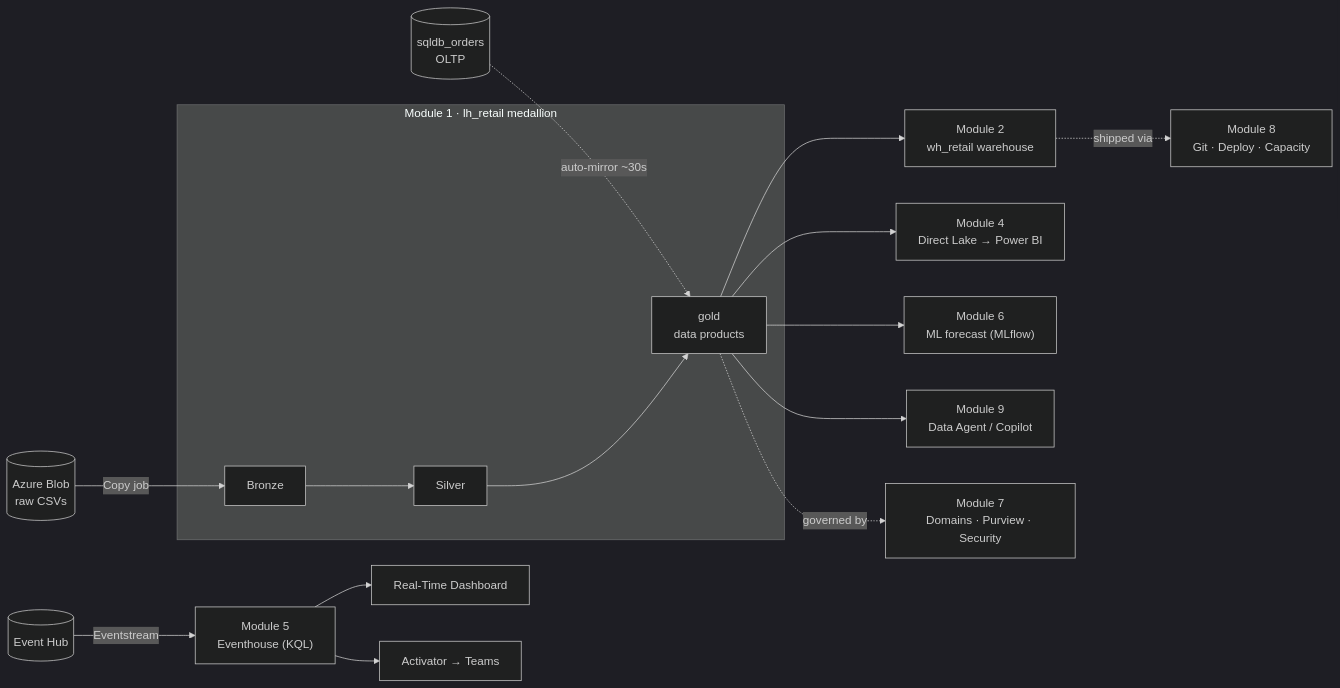
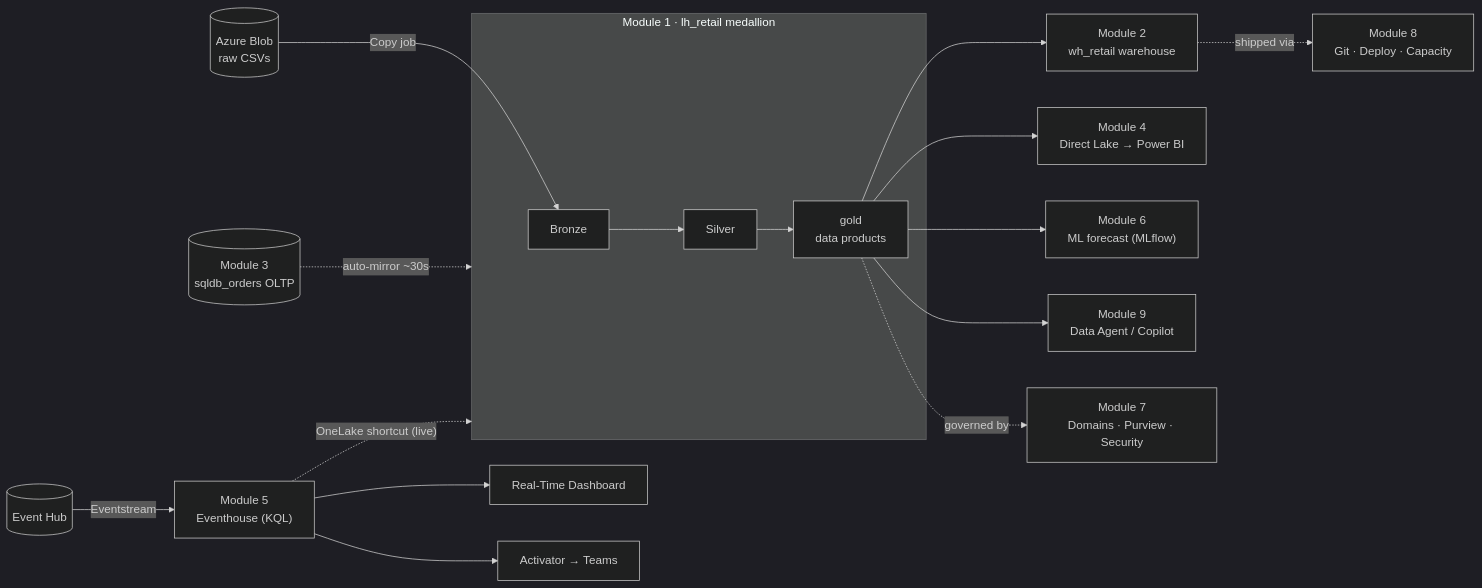
The diagram in README.md (NetwaysPresales/Fabric-Demo), drawn with Mermaid (dark theme) before and after one commit.

Commit message:
Root diagram: label Module 3 mirroring + show Module 5 KQL OneLake shortcut

````diff
--- a/README.md
+++ b/README.md
@@ -17,17 +17,18 @@
 ```mermaid
 flowchart LR
   Blob[("Azure Blob<br/>raw CSVs")] -->|"Copy job"| Bronze
-  SQLDB[("sqldb_orders<br/>OLTP")] -. "auto-mirror ~30s" .-> Gold
+  SQLDB[("Module 3<br/>sqldb_orders OLTP")] -. "auto-mirror ~30s" .-> M1
   subgraph M1["Module 1 · lh_retail medallion"]
     Bronze --> Silver --> Gold["gold<br/>data products"]
   end
   Gold --> WH["Module 2<br/>wh_retail warehouse"]
   Gold --> DL["Module 4<br/>Direct Lake → Power BI"]
   Gold --> ML["Module 6<br/>ML forecast (MLflow)"]
   EH[("Event Hub")] -->|"Eventstream"| KQL["Module 5<br/>Eventhouse (KQL)"]
   KQL --> RTD["Real-Time Dashboard"]
   KQL --> ACT["Activator → Teams"]
+  KQL -. "OneLake shortcut (live)" .-> M1
   Gold --> AG["Module 9<br/>Data Agent / Copilot"]
   Gold -. "governed by" .-> GOV["Module 7<br/>Domains · Purview · Security"]
   WH -. "shipped via" .-> ALM["Module 8<br/>Git · Deploy · Capacity"]
 ```
````
